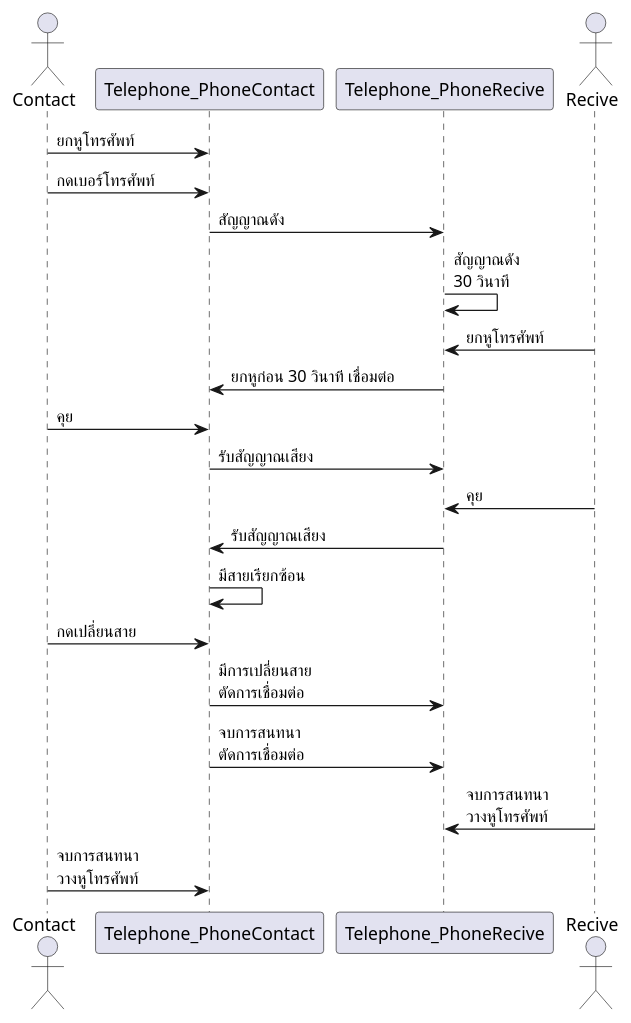
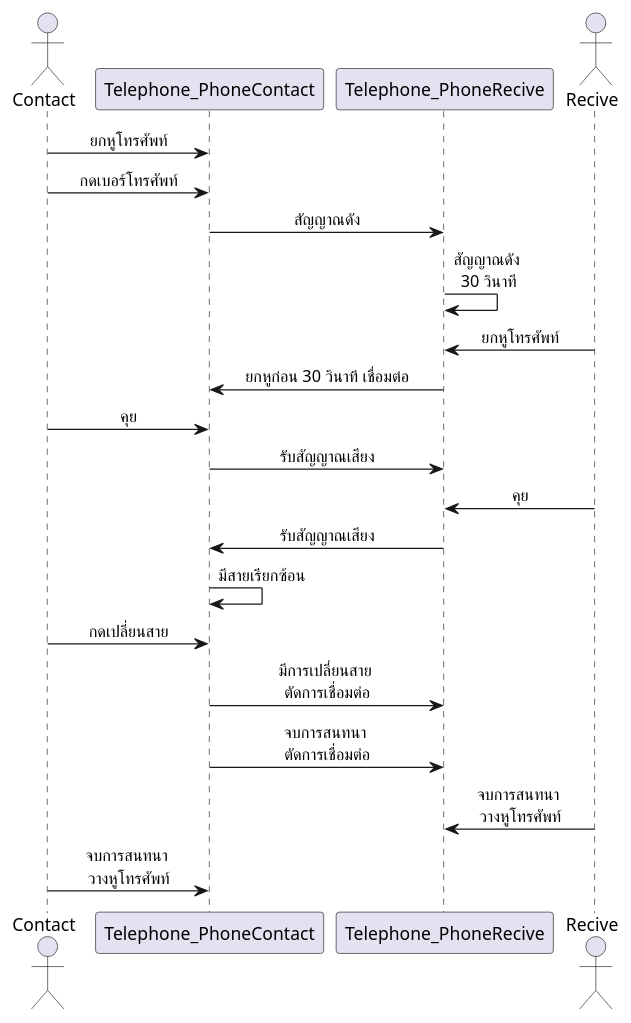
Before and after one commit to 03376808-OOAD/OOAD-WEEK10: the diagram in Lab submits/60030049/sequencephone.puml.md, drawn with PlantUML.

````diff
--- a/Lab submits/60030049/sequencephone.puml.md
+++ b/Lab submits/60030049/sequencephone.puml.md
@@ -1,25 +1,25 @@
 ```puml
 @startuml 
-
+skinparam sequenceMessageAlign center
 actor Contact
 participant Telephone_PhoneContact
 participant Telephone_PhoneRecive
 actor Recive
 Contact->Telephone_PhoneContact:ยกหูโทรศัพท์
 Contact->Telephone_PhoneContact:กดเบอร์โทรศัพท์
 Telephone_PhoneContact->Telephone_PhoneRecive:สัญญาณดัง
 Telephone_PhoneRecive->Telephone_PhoneRecive:สัญญาณดัง \n30 วินาที
 Recive->Telephone_PhoneRecive:ยกหูโทรศัพท์
 Telephone_PhoneRecive->Telephone_PhoneContact:ยกหูก่อน 30 วินาที เชื่อมต่อ
 Contact->Telephone_PhoneContact:คุย
 Telephone_PhoneContact->Telephone_PhoneRecive:รับสัญญาณเสียง
 Recive->Telephone_PhoneRecive:คุย
 Telephone_PhoneRecive->Telephone_PhoneContact:รับสัญญาณเสียง
 Telephone_PhoneContact->Telephone_PhoneContact:มีสายเรียกซ้อน
 Contact->Telephone_PhoneContact:กดเปลี่ยนสาย
 Telephone_PhoneContact->Telephone_PhoneRecive:มีการเปลี่ยนสาย \nตัดการเชื่อมต่อ
 Telephone_PhoneContact->Telephone_PhoneRecive:จบการสนทนา \nตัดการเชื่อมต่อ
 Recive->Telephone_PhoneRecive:จบการสนทนา \nวางหูโทรศัพท์
 Contact->Telephone_PhoneContact:จบการสนทนา \nวางหูโทรศัพท์
 @enduml
 ```
````
